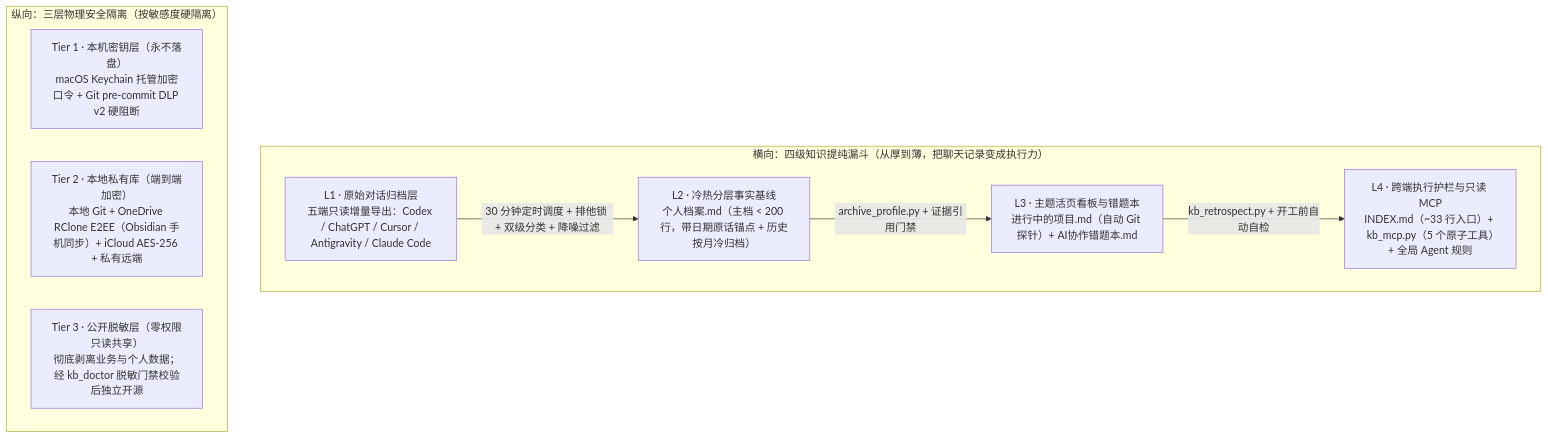
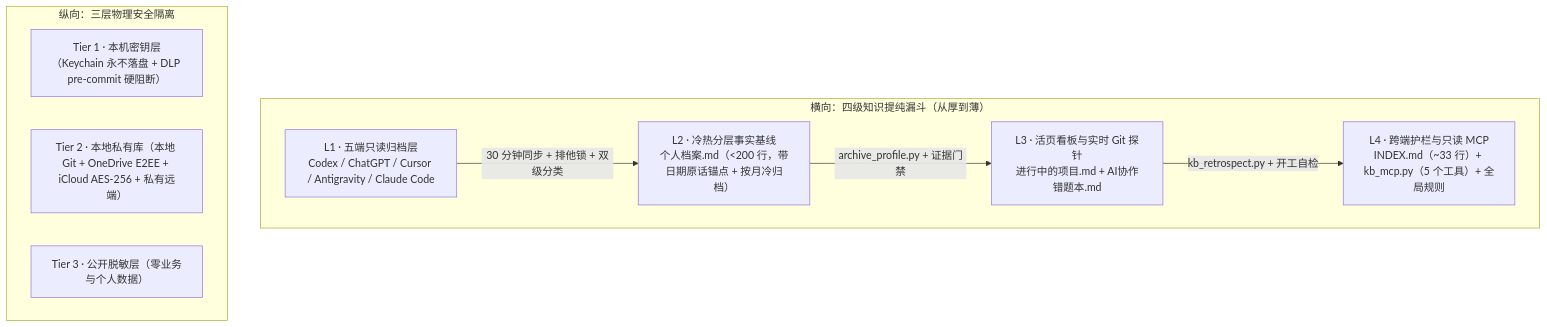
One commit to JaydenWuGang123/agent-memory-kb changed the diagram in README.zh-CN.md. Above: the diagram before and after it, drawn with Mermaid. The commit also changed other lines of this file and 4 other files, not shown here.

````diff
--- a/README.zh-CN.md
+++ b/README.zh-CN.md
@@ -74,18 +66,18 @@
 ```mermaid
 flowchart TD
-    subgraph Funnel["横向：四级知识提纯漏斗（从厚到薄，把聊天记录变成执行力）"]
-        F1["L1 · 原始对话归档层<br/>五端只读增量导出：Codex / ChatGPT / Cursor / Antigravity / Claude Code"]
-        F2["L2 · 冷热分层事实基线<br/>个人档案.md（主档 &lt; 200 行，带日期原话锚点 + 历史按月冷归档）"]
-        F3["L3 · 主题活页看板与错题本<br/>进行中的项目.md（自动 Git 探针）+ AI协作错题本.md"]
-        F4["L4 · 跨端执行护栏与只读 MCP<br/>INDEX.md（~33 行入口）+ kb_mcp.py（5 个原子工具）+ 全局 Agent 规则"]
-        F1 -->|"30 分钟定时调度 + 排他锁 + 双级分类 + 降噪过滤"| F2
-        F2 -->|"archive_profile.py + 证据引用门禁"| F3
-        F3 -->|"kb_retrospect.py + 开工前自动自检"| F4
+    subgraph Funnel["横向：四级知识提纯漏斗（从厚到薄）"]
+        F1["L1 · 五端只读归档层<br/>Codex / ChatGPT / Cursor / Antigravity / Claude Code"]
+        F2["L2 · 冷热分层事实基线<br/>个人档案.md（&lt;200 行，带日期原话锚点 + 按月冷归档）"]
+        F3["L3 · 活页看板与实时 Git 探针<br/>进行中的项目.md + AI协作错题本.md"]
+        F4["L4 · 跨端护栏与只读 MCP<br/>INDEX.md（~33 行）+ kb_mcp.py（5 个工具）+ 全局规则"]
+        F1 -->|"30 分钟同步 + 排他锁 + 双级分类"| F2
+        F2 -->|"archive_profile.py + 证据门禁"| F3
+        F3 -->|"kb_retrospect.py + 开工自检"| F4
     end
 
-    subgraph Security["纵向：三层物理安全隔离（按敏感度硬隔离）"]
-        S1["Tier 1 · 本机密钥层（永不落盘）<br/>macOS Keychain 托管加密口令 + Git pre-commit DLP v2 硬阻断"]
-        S2["Tier 2 · 本地私有库（端到端加密）<br/>本地 Git + OneDrive RClone E2EE（Obsidian 手机同步）+ iCloud AES-256 + 私有远端"]
-        S3["Tier 3 · 公开脱敏层（零权限只读共享）<br/>彻底剥离业务与个人数据；经 kb_doctor 脱敏门禁校验后独立开源"]
+    subgraph Security["纵向：三层物理安全隔离"]
+        S1["Tier 1 · 本机密钥层（Keychain 永不落盘 + DLP pre-commit 硬阻断）"]
+        S2["Tier 2 · 本地私有库（本地 Git + OneDrive E2EE + iCloud AES-256 + 私有远端）"]
+        S3["Tier 3 · 公开脱敏层（零业务与个人数据）"]
     end
 ```
````
